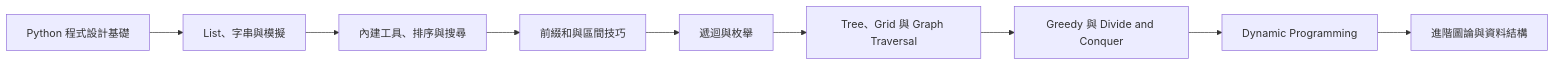
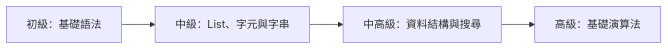
One commit to Danny-OWO/teaching_material changed the diagram in materials/APCS/learning route - Python.md. Above: the diagram before and after it, drawn with Mermaid. The commit also changed other lines of this file and 1 other file, not shown here.

````diff
--- a/materials/APCS/learning route - Python.md
+++ b/materials/APCS/learning route - Python.md
@@ -5,11 +5,6 @@
 ```mermaid
 flowchart LR
-    A[Python 程式設計基礎] --> B[List、字串與模擬]
-    B --> C[內建工具、排序與搜尋]
-    C --> D[前綴和與區間技巧]
-    D --> E[遞迴與枚舉]
-    E --> F[Tree、Grid 與 Graph Traversal]
-    F --> G[Greedy 與 Divide and Conquer]
-    G --> H[Dynamic Programming]
-    H --> I[進階圖論與資料結構]
+    A[初級：基礎語法] --> B[中級：List、字元與字串]
+    B --> C[中高級：資料結構與搜尋]
+    C --> D[高級：基礎演算法]
 ```
````
